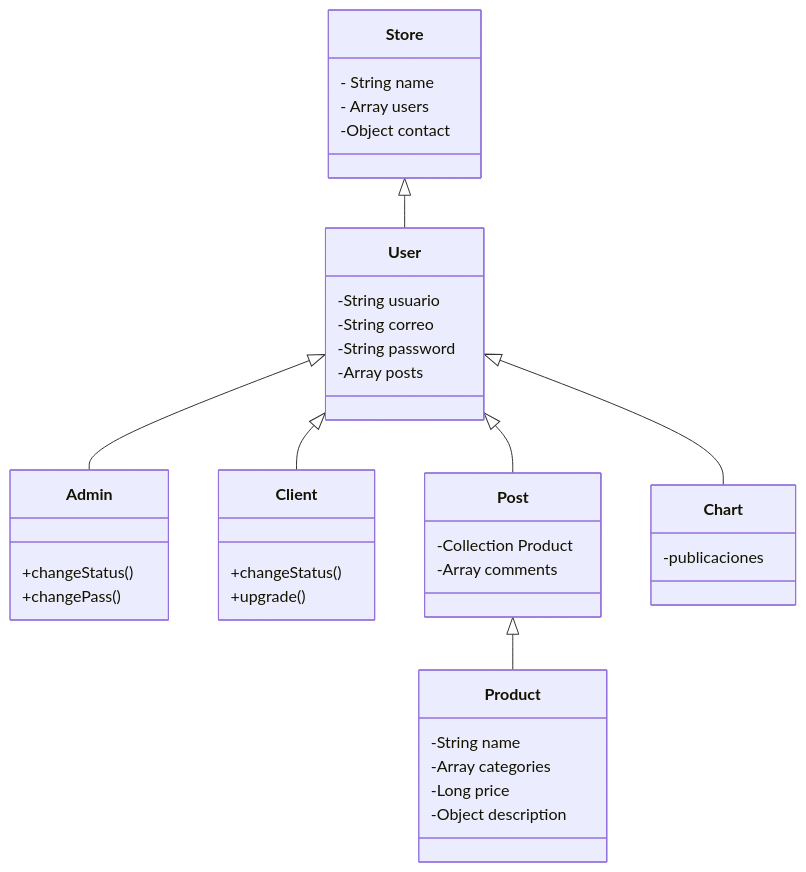
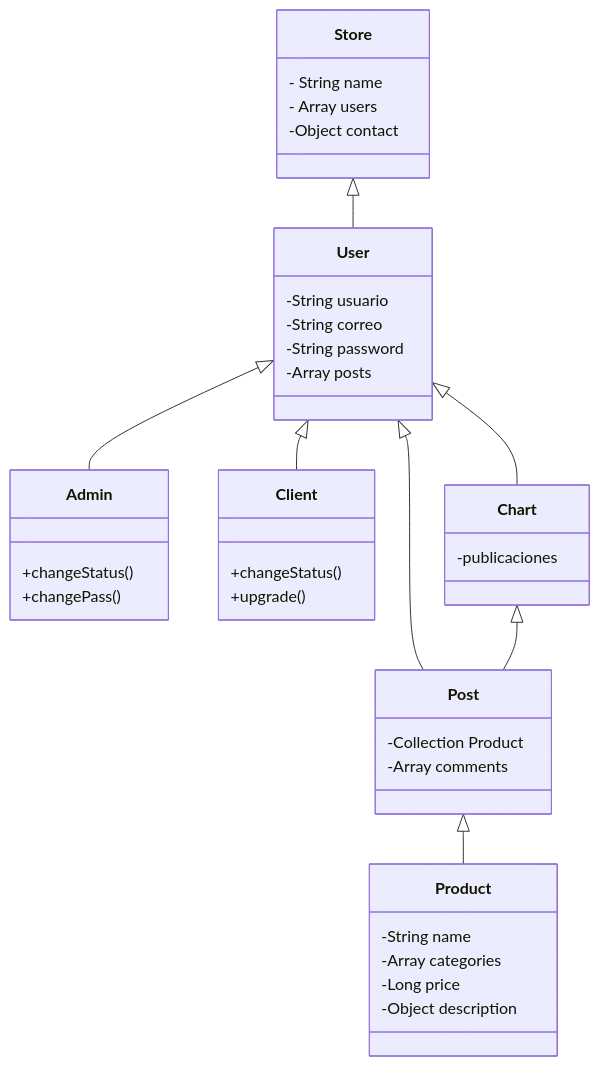
Before and after one commit to C215714N/EducacionIT: the diagram in examples/classes.md, drawn with Mermaid.

Commit message:
relacion publicacion carrito

````diff
--- a/examples/classes.md
+++ b/examples/classes.md
@@ -1,42 +1,43 @@
 ```mermaid
 
 classDiagram
     Store <|-- User
     User <|-- Admin
     User <|-- Client
     User <|-- Post
     User <|-- Chart
     Post <|-- Product
-    
+    Chart <|-- Post
+
     class Store
     Store: - String name
     Store: - Array users
     Store: -Object contact
 
     class User
     User: -String usuario
     User: -String correo
     User: -String password
     User: -Array posts
     
     class Admin
     Admin: +changeStatus()
     Admin: +changePass()
     
     class Client
     Client: +changeStatus()
     Client: +upgrade()
     
     class Post
     Post: -Collection Product
     Post: -Array comments
     
     class Product
     Product: -String name
     Product: -Array categories
     Product: -Long price
     Product: -Object description
     
     class Chart
     Chart: -publicaciones
 ```
````
